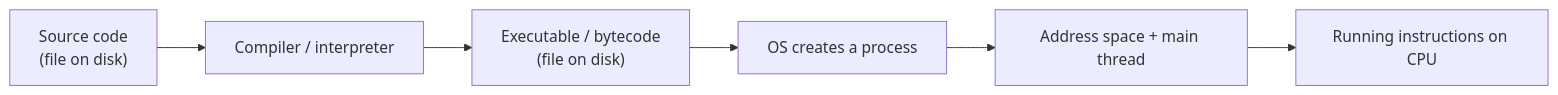
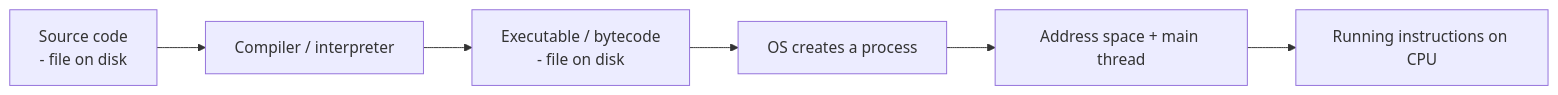
One commit to RIT-MESH/system-design-mastery changed the first of 3 diagrams in docs/00-prerequisites/00-computing-fundamentals.md. Above: the diagram before and after it, drawn with Mermaid. The commit also changed other lines of this file and 139 other files, not shown here.

First line of the commit message:
Fix Mermaid parse errors: replace parentheses in node labels across 140 files

````diff
--- a/docs/00-prerequisites/00-computing-fundamentals.md
+++ b/docs/00-prerequisites/00-computing-fundamentals.md
@@ -26,9 +26,9 @@
 ```mermaid
 %% created-for: system-design-mastery
 flowchart LR
-  A["Source code<br/>(file on disk)"] --> B["Compiler / interpreter"]
-  B --> C["Executable / bytecode<br/>(file on disk)"]
+  A["Source code<br/> - file on disk"] --> B["Compiler / interpreter"]
+  B --> C["Executable / bytecode<br/> - file on disk"]
   C --> D["OS creates a process"]
   D --> E["Address space + main thread"]
   E --> F["Running instructions on CPU"]
 ```
````
